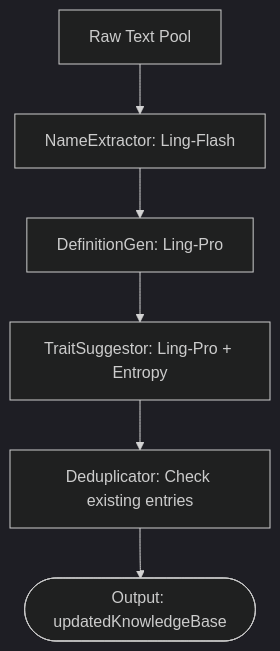
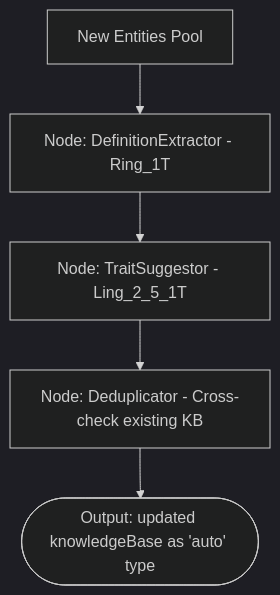
Before and after one commit to cafe3310/ling-open-studio: the fourth of 4 diagrams in docs/2026-02-22-22-12-设计-ModelWrite智能体架构与Graph流程全量梳理.md, drawn with Mermaid (dark theme). The commit also changed other lines of this file and 2 other files, not shown here.

````diff
--- a/docs/2026-02-22-22-12-设计-ModelWrite智能体架构与Graph流程全量梳理.md
+++ b/docs/2026-02-22-22-12-设计-ModelWrite智能体架构与Graph流程全量梳理.md
@@ -44,8 +61,7 @@
 ```mermaid
 graph TD
-    A[Raw Text Pool] --> B[NameExtractor: Ling-Flash]
-    B --> C[DefinitionGen: Ling-Pro]
-    C --> D[TraitSuggestor: Ling-Pro + Entropy]
-    D --> E[Deduplicator: Check existing entries]
-    E --> F([Output: updatedKnowledgeBase])
+    A[New Entities Pool] --> B[Node: DefinitionExtractor - Ring_1T]
+    B --> C[Node: TraitSuggestor - Ling_2_5_1T]
+    C --> D[Node: Deduplicator - Cross-check existing KB]
+    D --> E([Output: updated knowledgeBase as 'auto' type])
 ```
````
